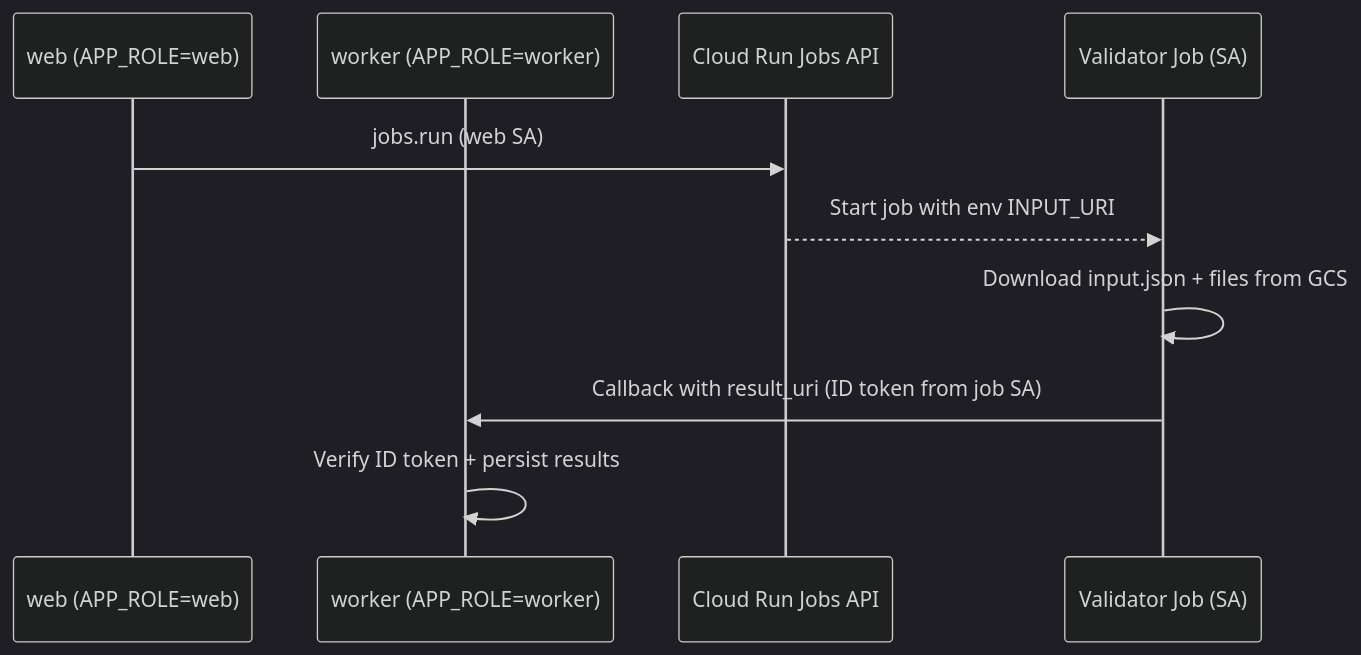
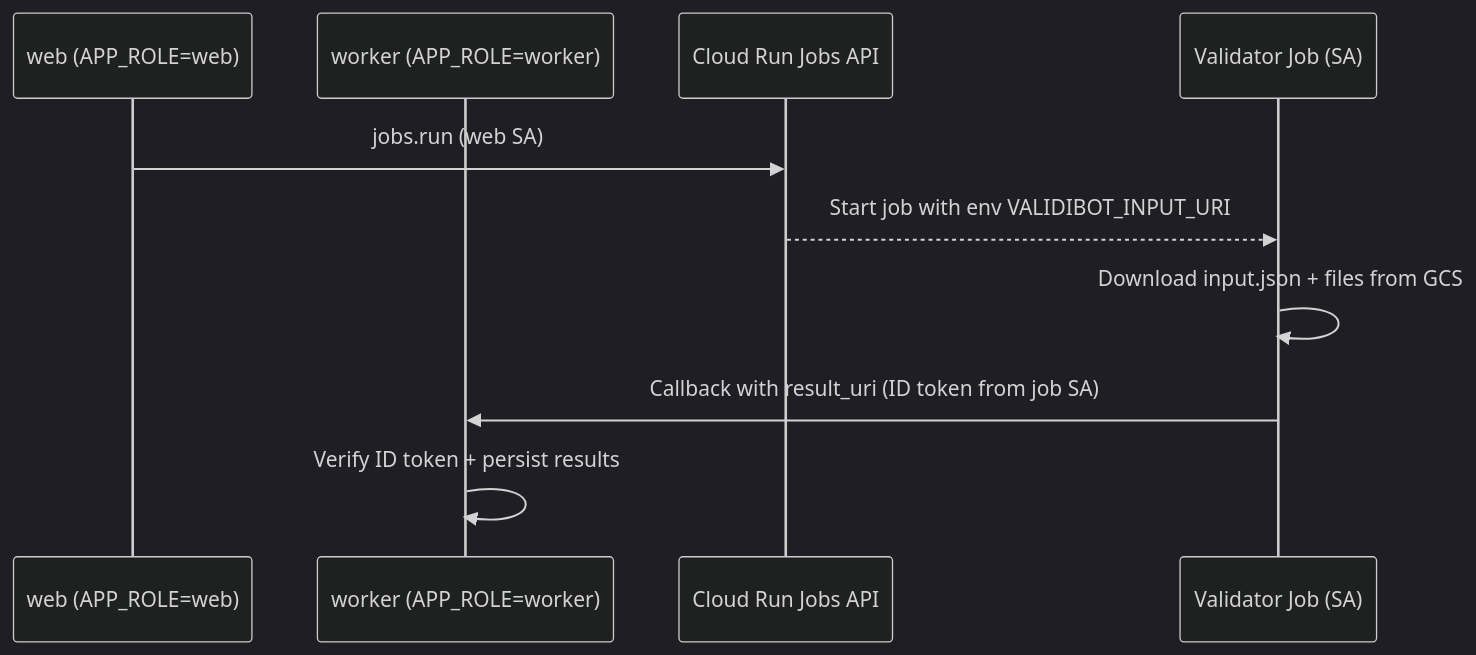
Before and after one commit to danielmcquillen/validibot: the first of 2 diagrams in docs/dev_docs/validator_jobs_cloud_run.md, drawn with Mermaid (dark theme). The commit also changed other lines of this file and 18 other files, not shown here.

````diff
--- a/docs/dev_docs/validator_jobs_cloud_run.md
+++ b/docs/dev_docs/validator_jobs_cloud_run.md
@@ -21,13 +21,13 @@
 ```mermaid
 sequenceDiagram
     participant Web as web (APP_ROLE=web)
     participant Worker as worker (APP_ROLE=worker)
     participant JobsAPI as Cloud Run Jobs API
     participant Job as Validator Job (SA)
 
     Web->>JobsAPI: jobs.run (web SA)
-    JobsAPI-->>Job: Start job with env INPUT_URI
+    JobsAPI-->>Job: Start job with env VALIDIBOT_INPUT_URI
     Job->>Job: Download input.json + files from GCS
     Job->>Worker: Callback with result_uri (ID token from job SA)
     Worker->>Worker: Verify ID token + persist results
 ```
````
